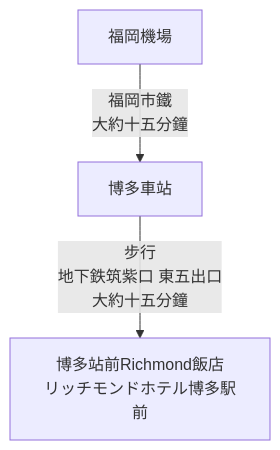
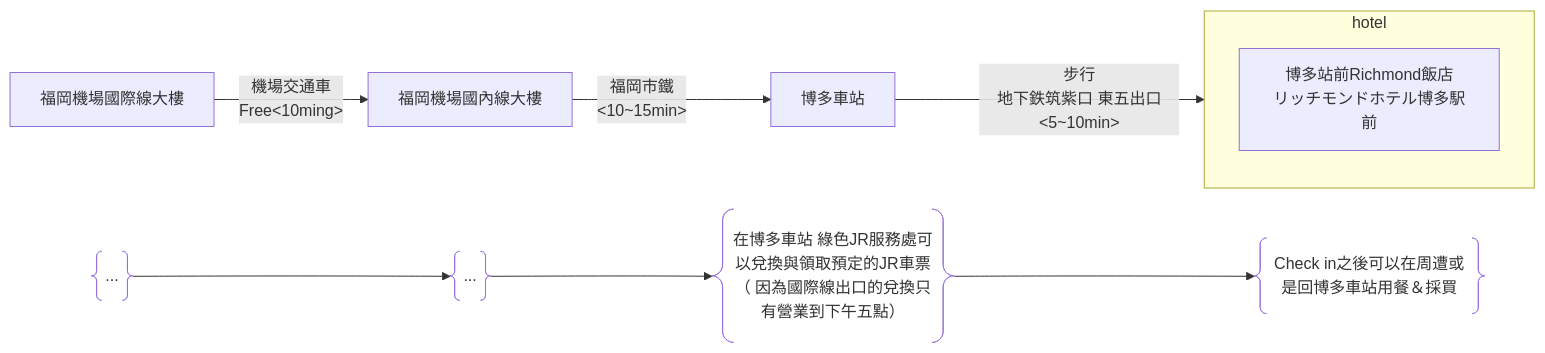
The diagram in 行程規劃.md (Shuming-Yang/2026-January-Trip), drawn with Mermaid before and after one commit. The commit also changed other lines of this file, not shown here.

Commit message:
update day 1

````diff
--- a/行程規劃.md
+++ b/行程規劃.md
@@ -9,5 +9,17 @@
 ```mermaid
-flowchart TD
-    A[福岡機場] --> |福岡市鐵<br>大約十五分鐘| B[博多車站]
-    B -->|步行<br>地下鉄筑紫口 東五出口<br>大約十五分鐘| C[博多站前Richmond飯店<br>リッチモンドホテル博多駅前]
+flowchart LR
+    subgraph hotel
+        D[博多站前Richmond飯店<br>リッチモンドホテル博多駅前]
+    end
+    A[福岡機場國際線大樓] --> |機場交通車<br>Free<10ming>| B[福岡機場國內線大樓]
+    B --> |福岡市鐵<br><10~15min>| C[博多車站]
+    C --> |步行<br>地下鉄筑紫口 東五出口<5~10min>| hotel
+
+    W@{ shape: braces, label: "..." }
+    X@{ shape: braces, label: "..." }
+    Y@{ shape: braces, label: "在博多車站 綠色JR服務處可以兌換與領取預定的JR車票（ 因為國際線出口的兌換只有營業到下午五點）" }
+    Z@{ shape: braces, label: "Check in之後可以在周遭或是回博多車站用餐＆採買" }
+    W --> X
+    X --> Y
+    Y --> Z
 ```
````
